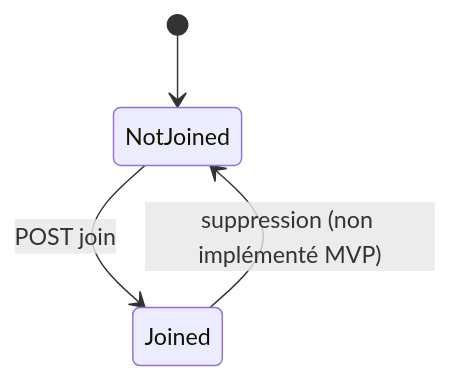
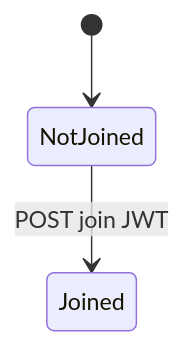
Before and after one commit to AnasMahhou10/Velib-Project: the third of 3 diagrams in docs/00-kickoff-pack/03-domain-model.md, drawn with Mermaid. The commit also changed other lines of this file and 50 other files, not shown here.

````diff
--- a/docs/00-kickoff-pack/03-domain-model.md
+++ b/docs/00-kickoff-pack/03-domain-model.md
@@ -56,6 +66,5 @@
 ```mermaid
 stateDiagram-v2
   [*] --> NotJoined
-  NotJoined --> Joined: POST join
-  Joined --> NotJoined: suppression (non implémenté MVP)
+  NotJoined --> Joined: POST join JWT
 ```
````
